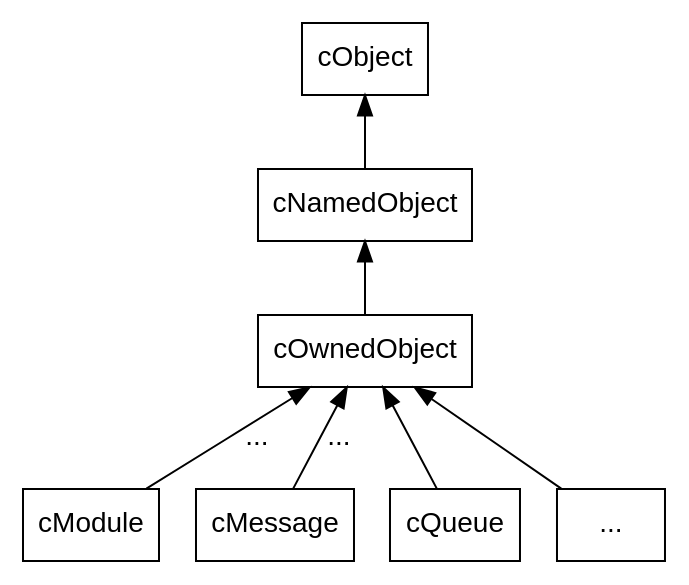
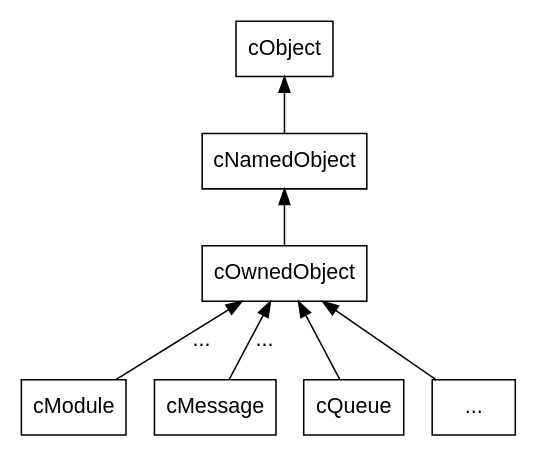
Before and after one commit to omnetpp/omnetpp: the diagram in doc/src/manual/figures/cobject-inheritance.dot, drawn with Graphviz. The commit also changed 8 other files, not shown here.

First line of the commit message:
usman: Fine tuned graphviz figure sizes.

```diff
--- a/doc/src/manual/figures/cobject-inheritance.dot
+++ b/doc/src/manual/figures/cobject-inheritance.dot
@@ -1,16 +1,16 @@
 digraph g {
-        fontsize=12;
+        fontsize=12; size="3.5,3.5";
         node [fontname="Arial"];
         edge [fontname="Arial"];
 
         node [shape = "rectangle"];
         edge [dir = "back"];
 
         cObject -> cNamedObject;
         cNamedObject -> cOwnedObject;
         cOwnedObject -> cModule [label="..."];
         cOwnedObject -> cMessage [label="..."];
         cOwnedObject -> cQueue;
         cOwnedObject -> others;
         others [label="..."];
 }
```
